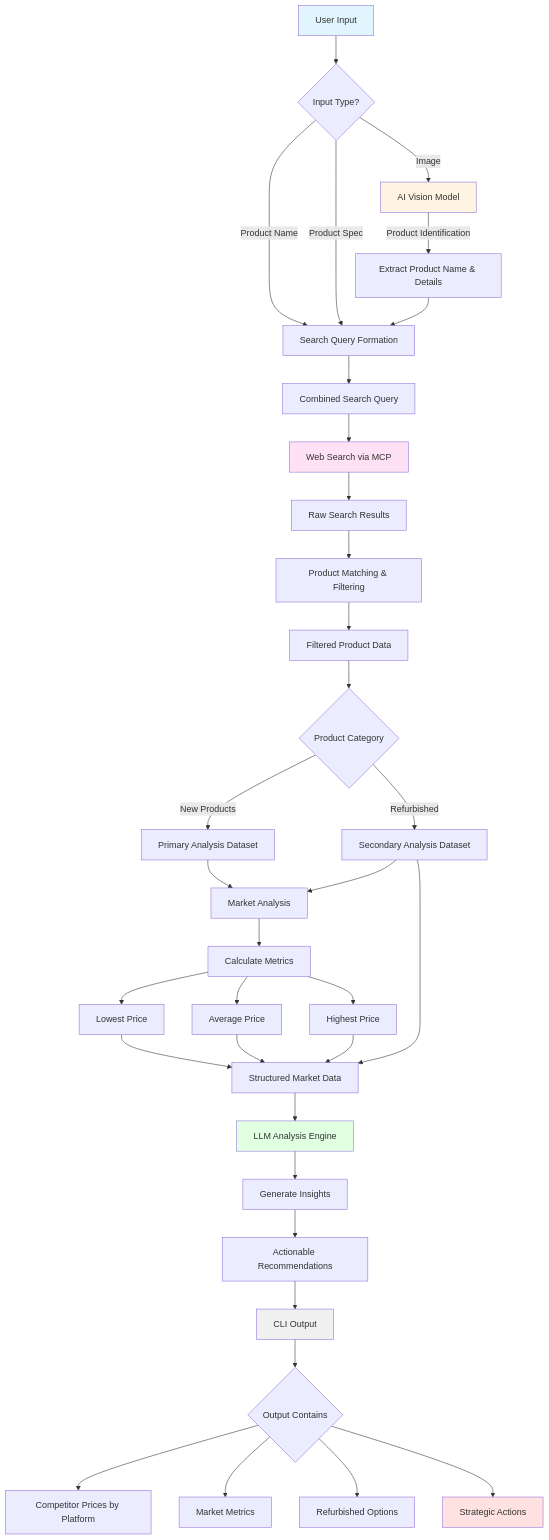
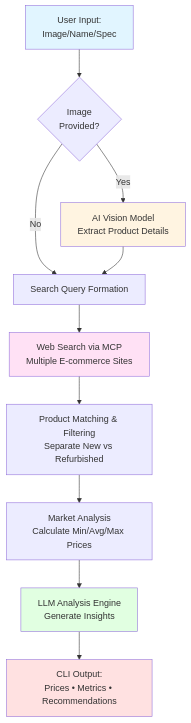
One commit to mokhanes-a/Competitive-Analysis-V2 changed the diagram in README.md. Above: the diagram before and after it, drawn with Mermaid. The commit also changed other lines of this file, not shown here.

Commit message:
docs: Refine README by simplifying titles and descriptions, updating tech stack, removing NeuroLink details, and replacing the architecture diagram.

````diff
--- a/README.md
+++ b/README.md
@@ -79,54 +70,24 @@
 ```mermaid
 graph TD
-    A[User Input] --> B{Input Type?}
-    B -->|Image| C[AI Vision Model]
-    B -->|Product Name| D[Search Query Formation]
-    B -->|Product Spec| D
+    A[User Input:<br/>Image/Name/Spec] --> B{Image<br/>Provided?}
     
-    C -->|Product Identification| E[Extract Product Name & Details]
-    E --> D
+    B -->|Yes| C[AI Vision Model<br/>Extract Product Details]
+    B -->|No| D[Search Query Formation]
+    C --> D
     
-    D --> F[Combined Search Query]
-    F --> G[Web Search via MCP]
+    D --> E[Web Search via MCP<br/>Multiple E-commerce Sites]
     
-    G --> H[Raw Search Results]
-    H --> I[Product Matching & Filtering]
+    E --> F[Product Matching & Filtering<br/>Separate New vs Refurbished]
     
-    I --> J[Filtered Product Data]
-    J --> K{Product Category}
+    F --> G[Market Analysis<br/>Calculate Min/Avg/Max Prices]
     
-    K -->|New Products| L[Primary Analysis Dataset]
-    K -->|Refurbished| M[Secondary Analysis Dataset]
+    G --> H[LLM Analysis Engine<br/>Generate Insights]
     
-    L --> N[Market Analysis]
-    M --> N
-    
-    N --> O[Calculate Metrics]
-    O --> P[Lowest Price]
-    O --> Q[Average Price]
-    O --> R[Highest Price]
-    
-    P --> S[Structured Market Data]
-    Q --> S
-    R --> S
-    M --> S
-    
-    S --> T[LLM Analysis Engine]
-    T --> U[Generate Insights]
-    
-    U --> V[Actionable Recommendations]
-    V --> W[CLI Output]
-    
-    W --> X{Output Contains}
-    X --> Y[Competitor Prices by Platform]
-    X --> Z[Market Metrics]
-    X --> AA[Refurbished Options]
-    X --> AB[Strategic Actions]
+    H --> I[CLI Output:<br/>Prices • Metrics • Recommendations]
     
     style A fill:#e1f5ff
     style C fill:#fff4e1
-    style G fill:#ffe1f5
-    style T fill:#e1ffe1
-    style W fill:#f0f0f0
-    style AB fill:#ffe1e1
+    style E fill:#ffe1f5
+    style H fill:#e1ffe1
+    style I fill:#ffe1e1
 ```
````
